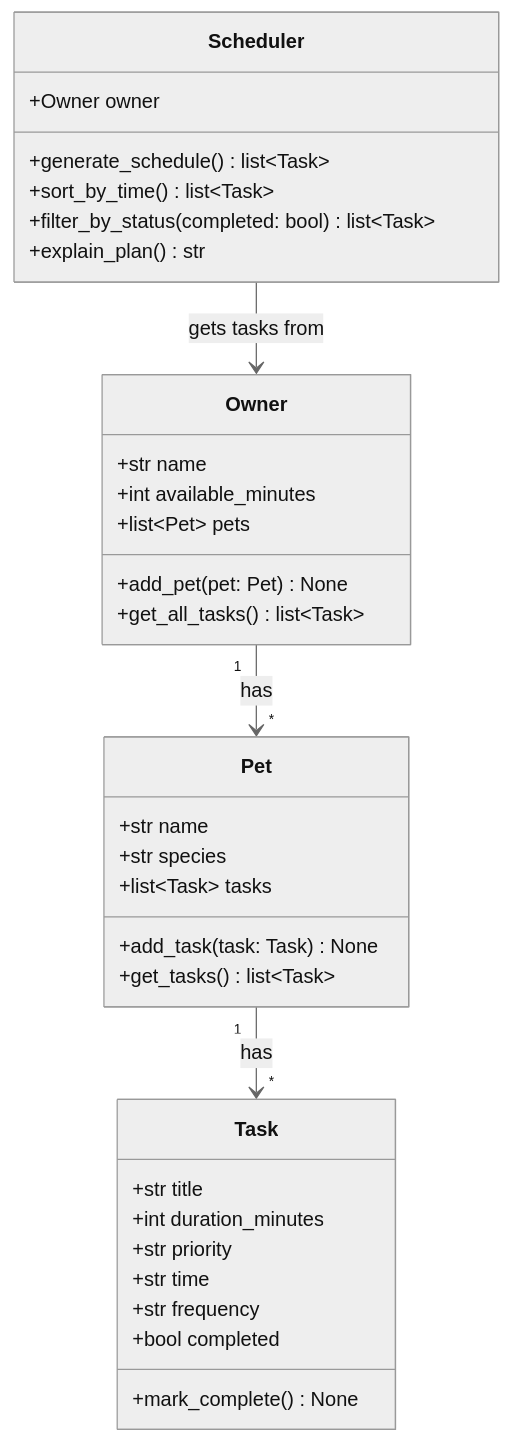
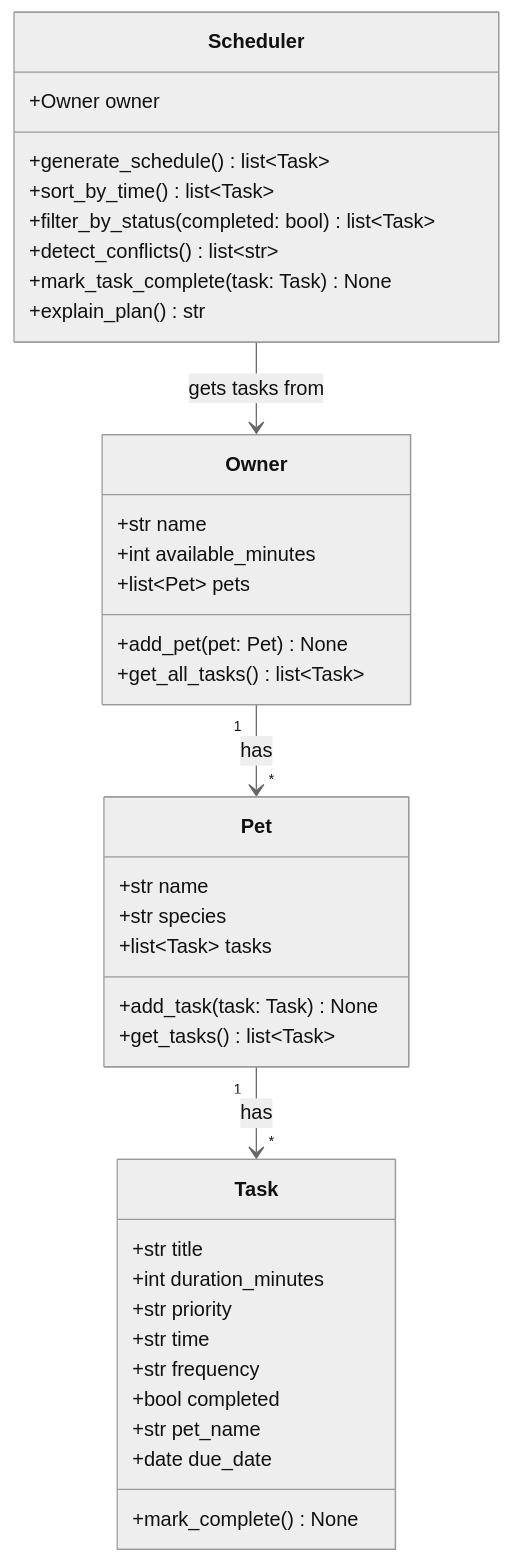
The diagram in diagrams/uml_draft.mmd (jannatul135/ai110-module2show-pawpal-starter), drawn with Mermaid (neutral theme) before and after one commit. The commit also changed 5 other files, not shown here.

```diff
--- a/diagrams/uml_draft.mmd
+++ b/diagrams/uml_draft.mmd
@@ -1,40 +1,44 @@
 classDiagram
     %% Keep this file updated so it matches your final implementation.
 
     class Task {
         +str title
         +int duration_minutes
         +str priority
         +str time
         +str frequency
         +bool completed
+        +str pet_name
+        +date due_date
         +mark_complete() None
     }
 
     class Pet {
         +str name
         +str species
         +list~Task~ tasks
         +add_task(task: Task) None
         +get_tasks() list~Task~
     }
 
     class Owner {
         +str name
         +int available_minutes
         +list~Pet~ pets
         +add_pet(pet: Pet) None
         +get_all_tasks() list~Task~
     }
 
     class Scheduler {
         +Owner owner
         +generate_schedule() list~Task~
         +sort_by_time() list~Task~
         +filter_by_status(completed: bool) list~Task~
+        +detect_conflicts() list~str~
+        +mark_task_complete(task: Task) None
         +explain_plan() str
     }
 
     Owner "1" --> "*" Pet : has
     Pet "1" --> "*" Task : has
     Scheduler --> Owner : gets tasks from
```
